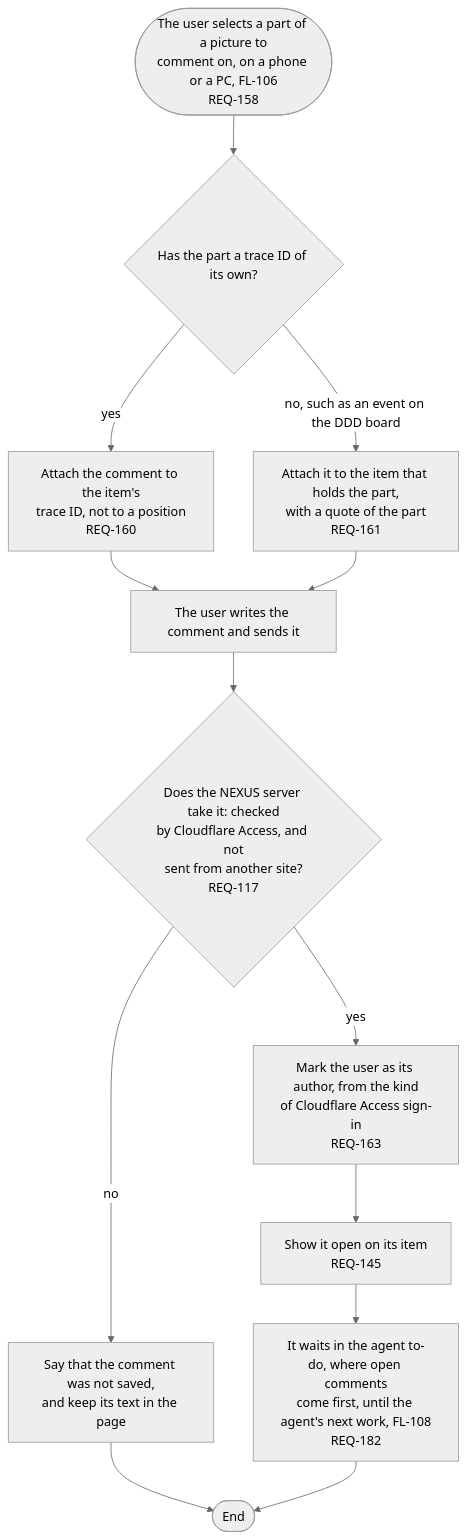
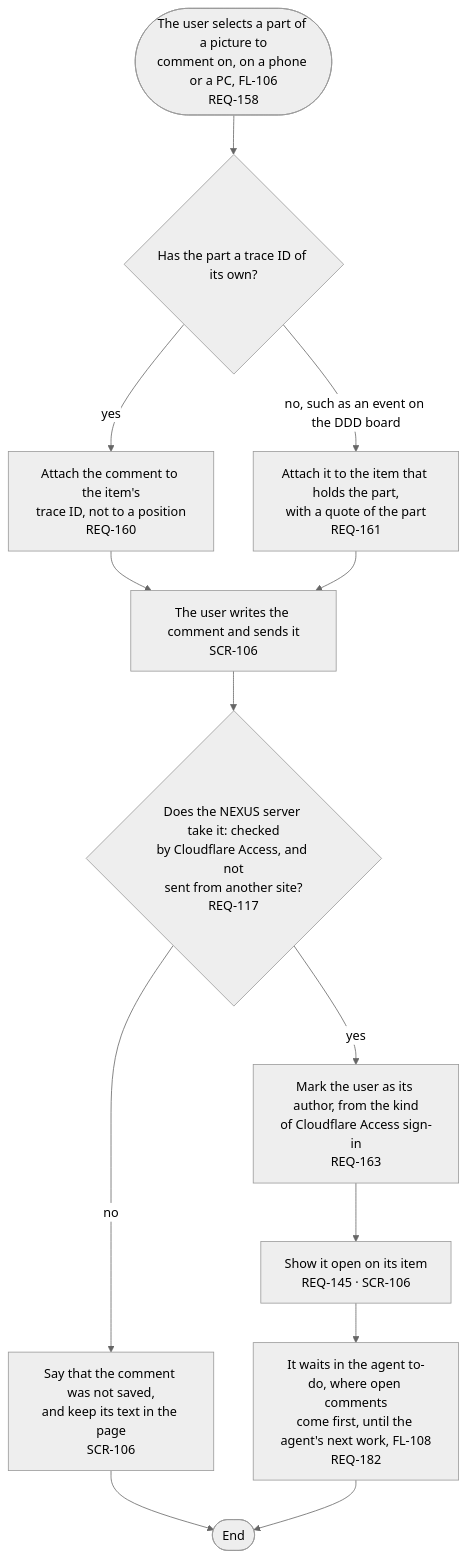
One commit to kodonghui/corthex-nexus changed the diagram in docs/03-user-flow/nexus/FL-107-leave-a-comment.md. Above: the diagram before and after it, drawn with Mermaid (neutral theme). The commit also changed 19 other files, not shown here.

````diff
--- a/docs/03-user-flow/nexus/FL-107-leave-a-comment.md
+++ b/docs/03-user-flow/nexus/FL-107-leave-a-comment.md
@@ -9,15 +9,15 @@
 ```mermaid
 flowchart TD
   A(["The user selects a part of a picture to<br/>comment on, on a phone or a PC, FL-106<br/>REQ-158"]) --> B{"Has the part a trace ID of its own?"}
   B -->|yes| C["Attach the comment to the item's<br/>trace ID, not to a position<br/>REQ-160"]
   B -->|no, such as an event on the DDD board| D["Attach it to the item that holds the part,<br/>with a quote of the part<br/>REQ-161"]
-  C --> E["The user writes the comment and sends it"]
+  C --> E["The user writes the comment and sends it<br/>SCR-106"]
   D --> E
   E --> F{"Does the NEXUS server take it: checked<br/>by Cloudflare Access, and not<br/>sent from another site?<br/>REQ-117"}
-  F -->|no| F1["Say that the comment was not saved,<br/>and keep its text in the page"]
+  F -->|no| F1["Say that the comment was not saved,<br/>and keep its text in the page<br/>SCR-106"]
   F1 --> Z(["End"])
   F -->|yes| G["Mark the user as its author, from the kind<br/>of Cloudflare Access sign-in<br/>REQ-163"]
-  G --> H["Show it open on its item<br/>REQ-145"]
+  G --> H["Show it open on its item<br/>REQ-145 · SCR-106"]
   H --> I["It waits in the agent to-do, where open comments<br/>come first, until the agent's next work, FL-108<br/>REQ-182"]
   I --> Z
 ```
````
